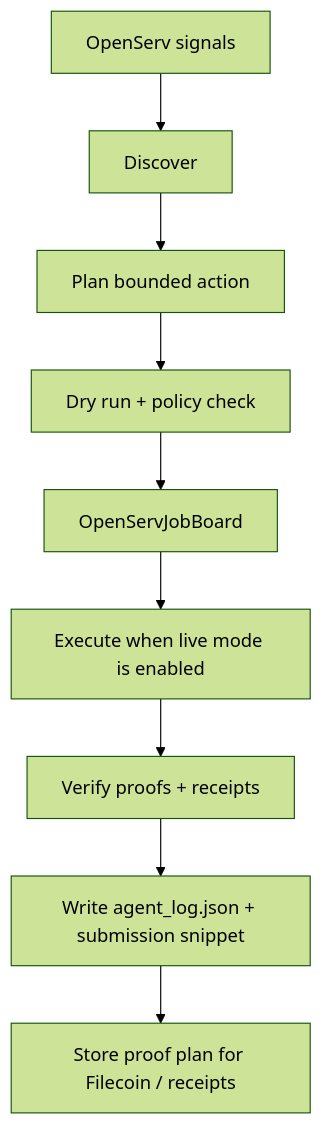
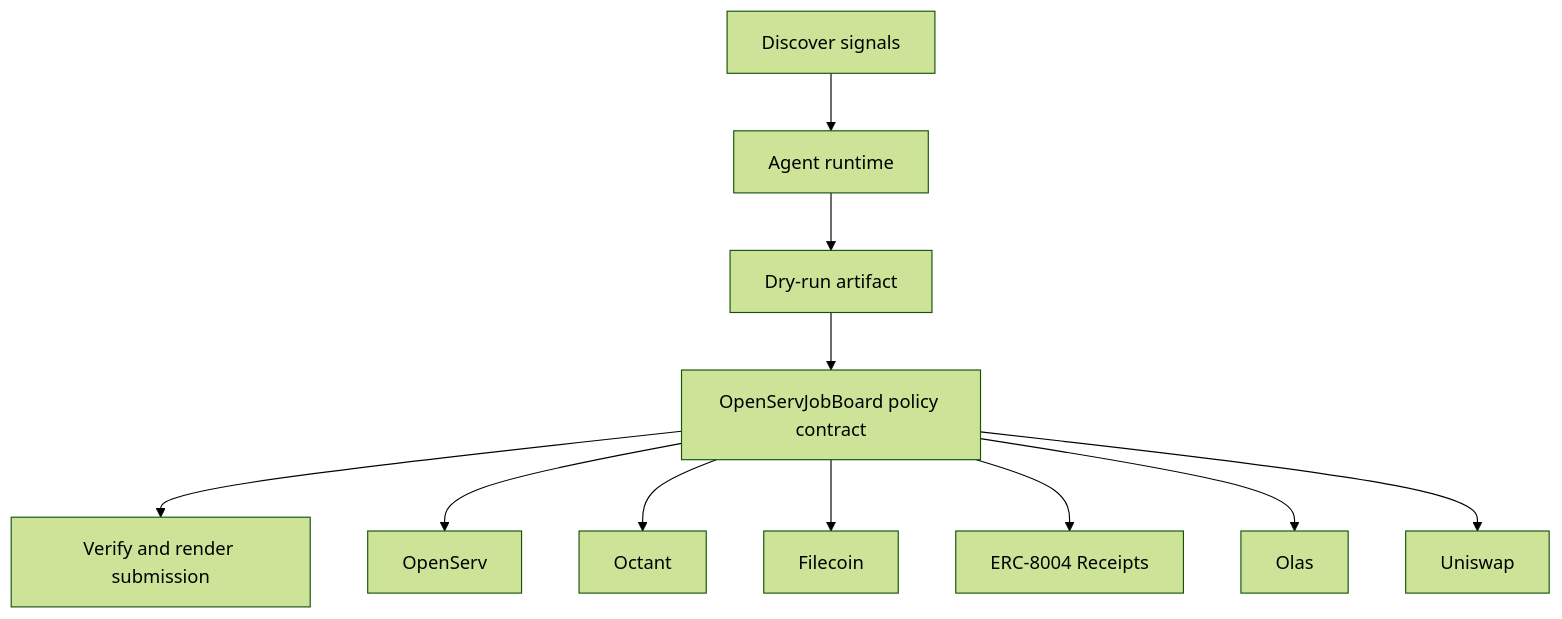
Before and after one commit to CrystallineButterfly/Synthesis-OpenServ: the diagram in docs/architecture.mmd, drawn with Mermaid (forest theme). The commit also changed 998 other files, not shown here.

Commit message:
Implement bounded agent runtime

```diff
--- a/docs/architecture.mmd
+++ b/docs/architecture.mmd
@@ -1,9 +1,13 @@
 flowchart TD
-    Signals[OpenServ signals] --> Discover[Discover]
-    Discover --> Plan[Plan bounded action]
-    Plan --> DryRun[Dry run + policy check]
-    DryRun --> Guard[OpenServJobBoard]
-    Guard --> Execute[Execute when live mode is enabled]
-    Execute --> Verify[Verify proofs + receipts]
-    Verify --> Persist[Write agent_log.json + submission snippet]
-    Persist --> Storage[Store proof plan for Filecoin / receipts]
+    Signals[Discover signals]
+    Planner[Agent runtime]
+    DryRun[Dry-run artifact]
+    Contract[OpenServJobBoard policy contract]
+    Verify[Verify and render submission]
+    Signals --> Planner --> DryRun --> Contract --> Verify
+    Contract --> openserv[OpenServ]
+    Contract --> octant[Octant]
+    Contract --> filecoin[Filecoin]
+    Contract --> erc_8004_receipts[ERC-8004 Receipts]
+    Contract --> olas[Olas]
+    Contract --> uniswap[Uniswap]
```
